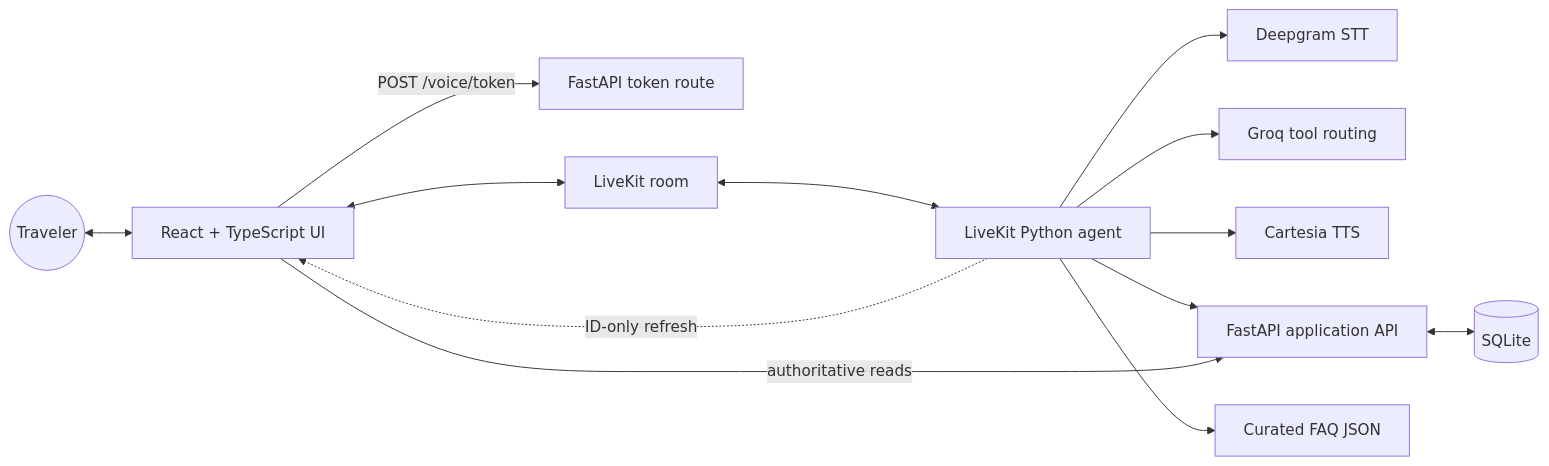
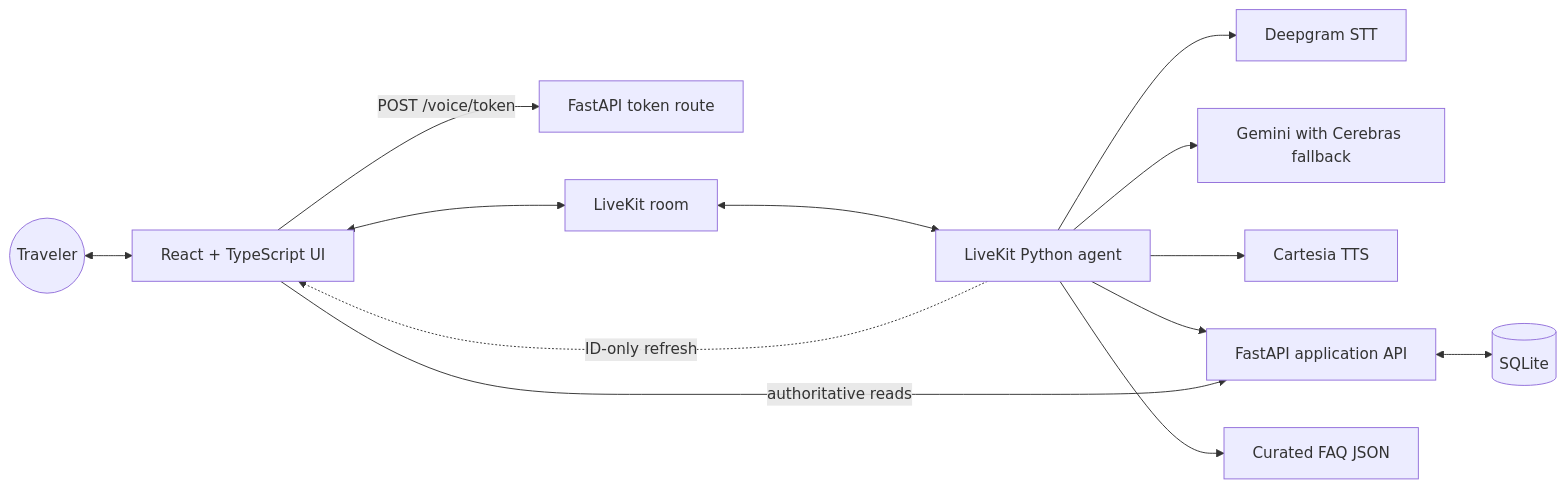
The diagram in README.md (Parth-Bisht-227/waypoint-voice-ai), drawn with Mermaid before and after one commit. The commit also changed other lines of this file and 14 other files, not shown here.

Commit message:
feat: add Gemini and Cerebras LLM fallback

````diff
--- a/README.md
+++ b/README.md
@@ -46,15 +47,15 @@
 ```mermaid
 flowchart LR
     User((Traveler)) <--> UI[React + TypeScript UI]
     UI -->|POST /voice/token| Token[FastAPI token route]
     UI <--> LK[LiveKit room]
     LK <--> Agent[LiveKit Python agent]
     Agent --> STT[Deepgram STT]
-    Agent --> LLM[Groq tool routing]
+    Agent --> LLM[Gemini with Cerebras fallback]
     Agent --> TTS[Cartesia TTS]
     Agent --> API[FastAPI application API]
     UI -->|authoritative reads| API
     API <--> DB[(SQLite)]
     Agent --> FAQ[Curated FAQ JSON]
     Agent -. ID-only refresh .-> UI
 ```
````
